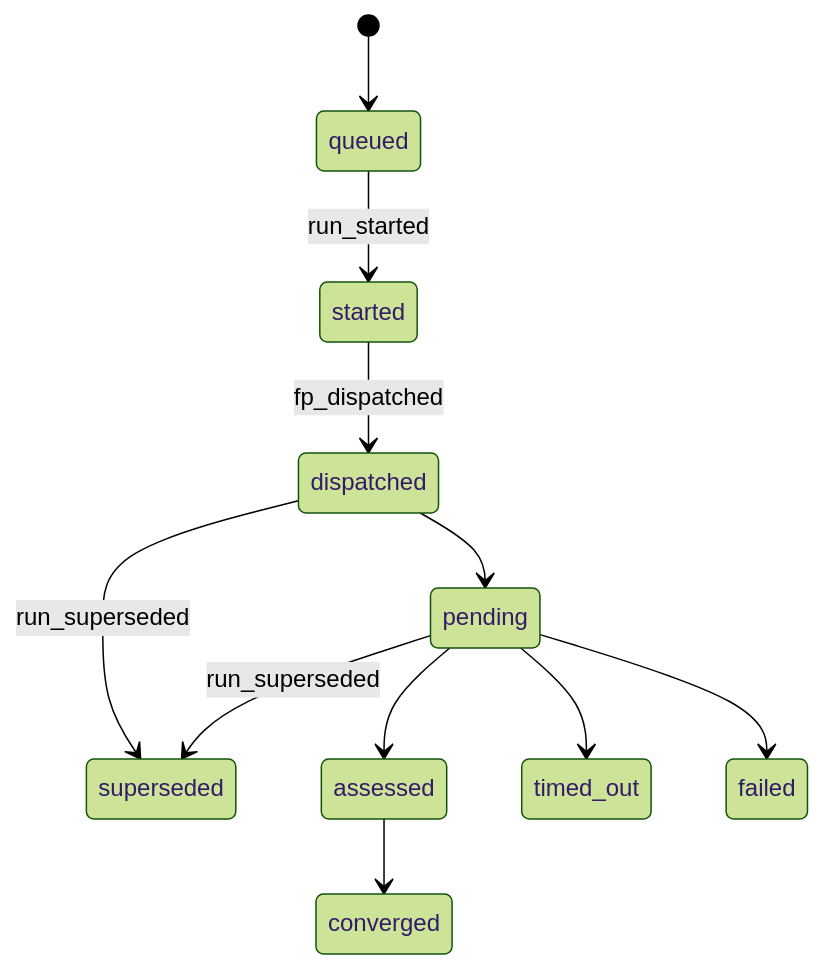
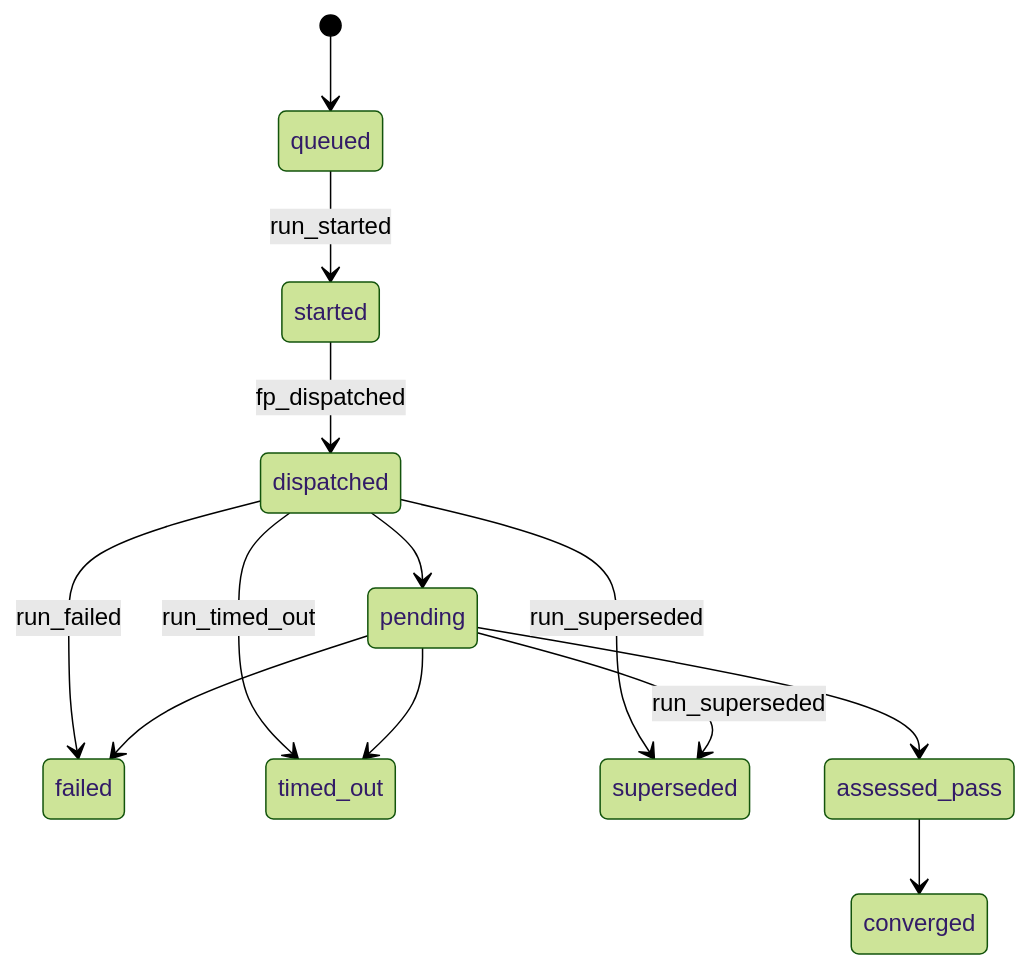
The seventh of 23 diagrams in docs/ABG_Design_Document.md (foolishimp/abiogenesis), drawn with Mermaid (forest theme) before and after one commit. The commit also changed other lines of this file and 26 other files, not shown here.

````diff
--- a/docs/ABG_Design_Document.md
+++ b/docs/ABG_Design_Document.md
@@ -475,13 +486,15 @@
 ```mermaid
 stateDiagram-v2
     [*] --> queued
     queued --> started : run_started
     started --> dispatched : fp_dispatched
     dispatched --> pending
+    dispatched --> failed : run_failed
+    dispatched --> timed_out : run_timed_out
     dispatched --> superseded : run_superseded
-    pending --> assessed
-    assessed --> converged
+    pending --> assessed_pass
+    assessed_pass --> converged
     pending --> timed_out
     pending --> failed
     pending --> superseded : run_superseded
 ```
````
